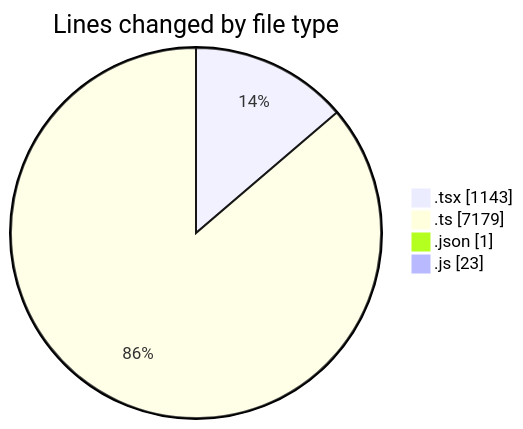
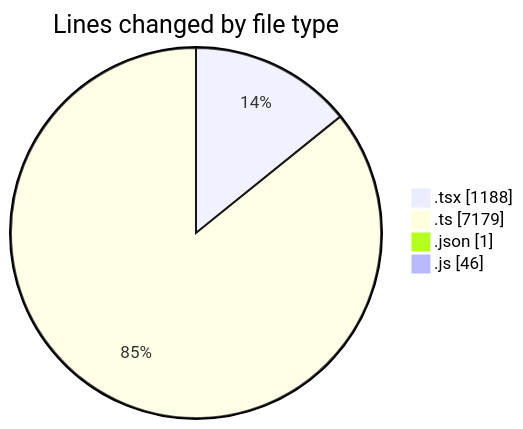
The first of 2 diagrams in 2026-09-17/cda/README.md (momahboobian/code-tracking), drawn with Mermaid before and after one commit. The commit also changed other lines of this file and 1 other file, not shown here.

````diff
--- a/2026-09-17/cda/README.md
+++ b/2026-09-17/cda/README.md
@@ -40,8 +40,8 @@
 ```mermaid
 pie showData
 title Lines changed by file type
-".tsx" : 1143
+".tsx" : 1188
 ".ts" : 7179
 ".json" : 1
-".js" : 23
+".js" : 46
 ```
````
